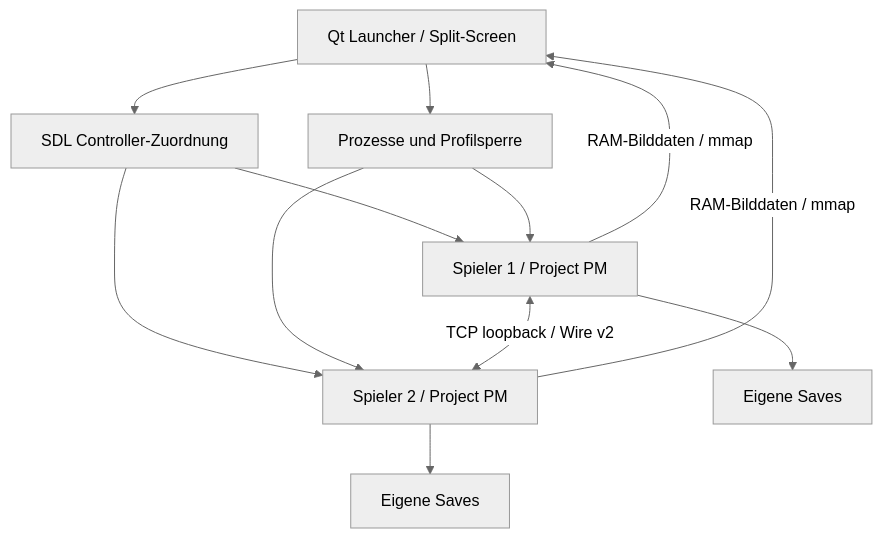
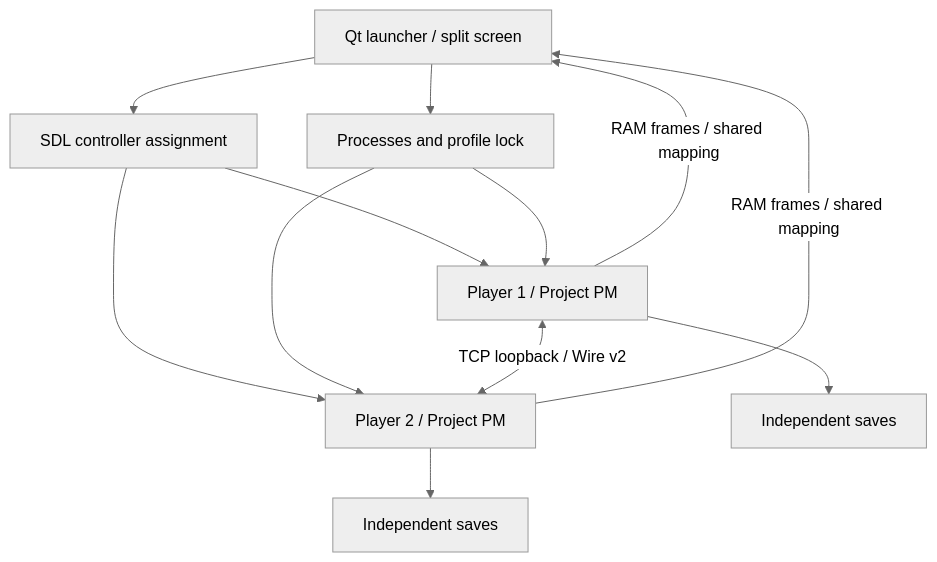
One commit to Philmenting/couchsplit changed the diagram in docs/architecture.md. Above: the diagram before and after it, drawn with Mermaid (neutral theme). The commit also changed other lines of this file and 33 other files, not shown here.

`````diff
--- a/docs/architecture.md
+++ b/docs/architecture.md
@@ -5,14 +7,14 @@
-````mermaid
+```mermaid
 flowchart TD
-    UI["Qt Launcher / Split-Screen"] --> Input["SDL Controller-Zuordnung"]
-    UI --> Manager["Prozesse und Profilsperre"]
-    Input --> A["Spieler 1 / Project PM"]
-    Input --> B["Spieler 2 / Project PM"]
+    UI["Qt launcher / split screen"] --> Input["SDL controller assignment"]
+    UI --> Manager["Processes and profile lock"]
+    Input --> A["Player 1 / Project PM"]
+    Input --> B["Player 2 / Project PM"]
     Manager --> A
     Manager --> B
     A <-->|"TCP loopback / Wire v2"| B
-    A -->|"RAM-Bilddaten / mmap"| UI
-    B -->|"RAM-Bilddaten / mmap"| UI
-    A --> S1["Eigene Saves"]
-    B --> S2["Eigene Saves"]
-````
+    A -->|"RAM frames / shared mapping"| UI
+    B -->|"RAM frames / shared mapping"| UI
+    A --> S1["Independent saves"]
+    B --> S2["Independent saves"]
+```
`````
